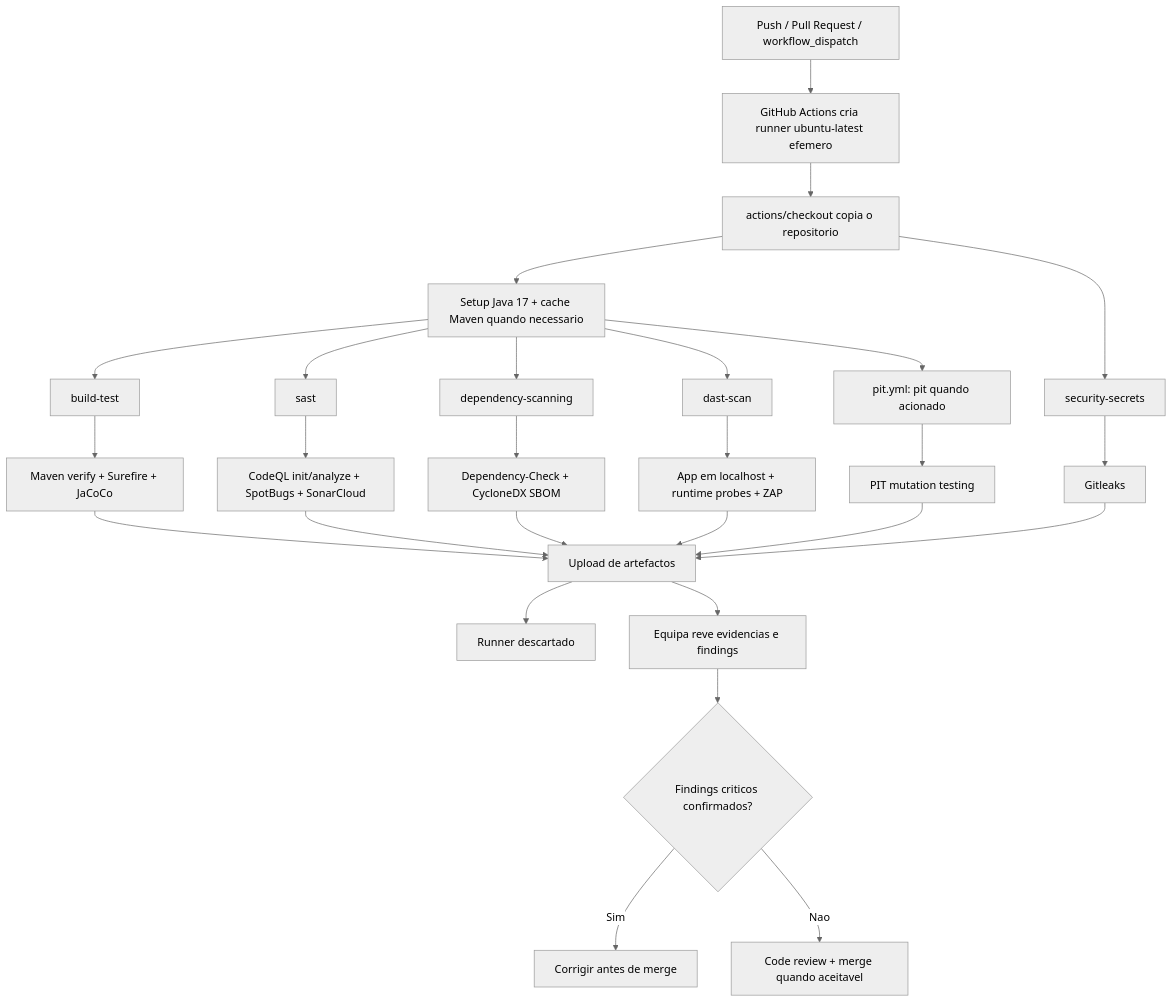
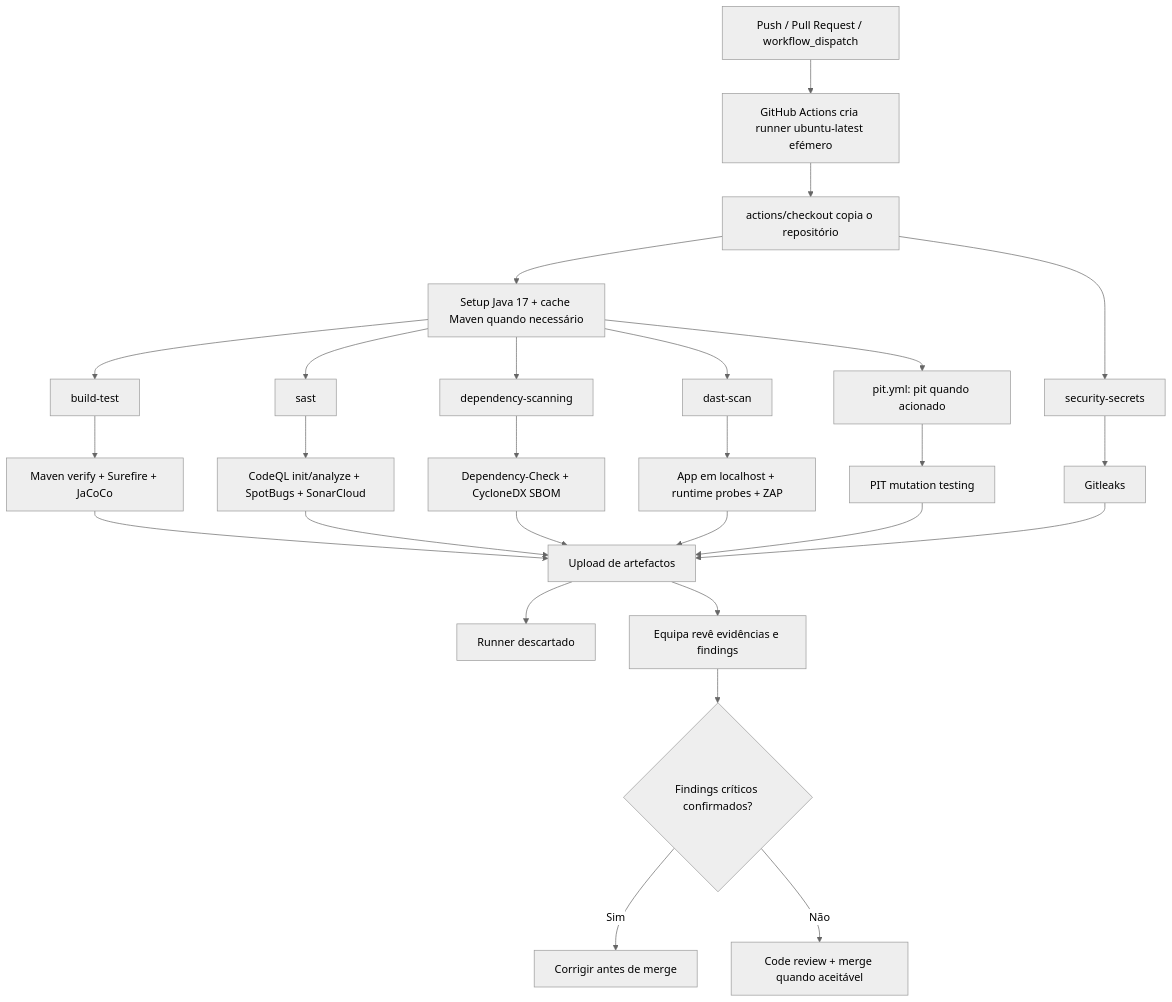
Before and after one commit to mei-desofs/desofs2026-wed_pbs_1: the first of 2 diagrams in Deliverables/Phase 2/Sprint 2/DEVSECOPS_PIPELINE.md, drawn with Mermaid (neutral theme). The commit also changed other lines of this file and 7 other files, not shown here.

````diff
--- a/Deliverables/Phase 2/Sprint 2/DEVSECOPS_PIPELINE.md
+++ b/Deliverables/Phase 2/Sprint 2/DEVSECOPS_PIPELINE.md
@@ -67,33 +36,33 @@
 ```mermaid
 flowchart TD
-    A["Push / Pull Request / workflow_dispatch"] --> B["GitHub Actions cria runner ubuntu-latest efemero"]
-    B --> C["actions/checkout copia o repositorio"]
-    C --> D["Setup Java 17 + cache Maven quando necessario"]
+    A["Push / Pull Request / workflow_dispatch"] --> B["GitHub Actions cria runner ubuntu-latest efémero"]
+    B --> C["actions/checkout copia o repositório"]
+    C --> D["Setup Java 17 + cache Maven quando necessário"]
 
     D --> E["build-test"]
     C --> F["security-secrets"]
     D --> G["sast"]
     D --> H["dependency-scanning"]
     D --> I["dast-scan"]
     D --> J["pit.yml: pit quando acionado"]
 
     E --> E1["Maven verify + Surefire + JaCoCo"]
     F --> F1["Gitleaks"]
     G --> G1["CodeQL init/analyze + SpotBugs + SonarCloud"]
     H --> H1["Dependency-Check + CycloneDX SBOM"]
     I --> I1["App em localhost + runtime probes + ZAP"]
     J --> J1["PIT mutation testing"]
 
     E1 --> K["Upload de artefactos"]
     F1 --> K
     G1 --> K
     H1 --> K
     I1 --> K
     J1 --> K
 
     K --> L["Runner descartado"]
-    K --> M["Equipa reve evidencias e findings"]
-    M --> N{"Findings criticos confirmados?"}
+    K --> M["Equipa revê evidências e findings"]
+    M --> N{"Findings críticos confirmados?"}
     N -->|Sim| O["Corrigir antes de merge"]
-    N -->|Nao| P["Code review + merge quando aceitavel"]
+    N -->|Não| P["Code review + merge quando aceitável"]
 ```
````
